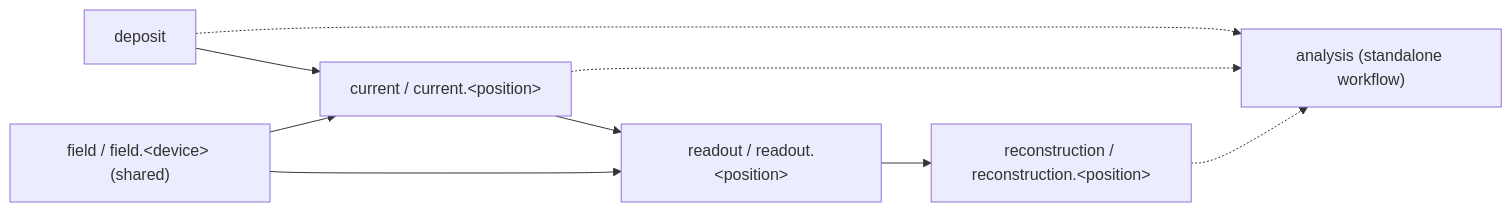
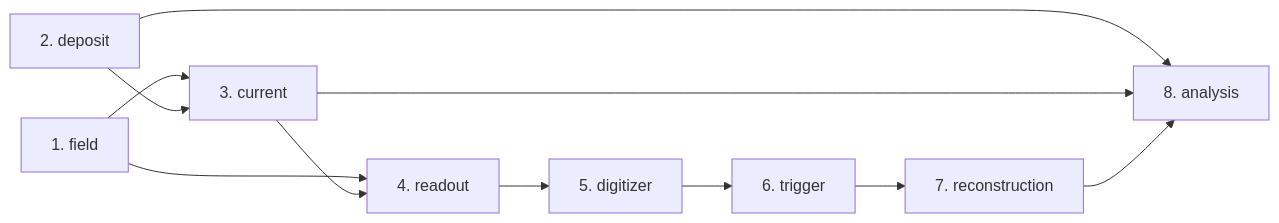
One commit to raser-team/raser changed the diagram in docs/en/stages/README.md. Above: the diagram before and after it, drawn with Mermaid. The commit also changed other lines of this file and 44 other files, not shown here.

````diff
--- a/docs/en/stages/README.md
+++ b/docs/en/stages/README.md
@@ -9,11 +9,13 @@
 ```mermaid
 flowchart LR
-    DEP["deposit"] --> CUR["current / current.&lt;position&gt;"]
-    FLD["field / field.&lt;device&gt; (shared)"] --> CUR
-    CUR --> RDO["readout / readout.&lt;position&gt;"]
-    FLD --> RDO
-    RDO --> RECO["reconstruction / reconstruction.&lt;position&gt;"]
-    DEP -.-> ANA["analysis (standalone workflow)"]
-    CUR -.-> ANA
-    RECO -.-> ANA
+    FLD["1. field"] --> CUR["3. current"]
+    DEP["2. deposit"] --> CUR
+    FLD --> RDO["4. readout"]
+    CUR --> RDO
+    RDO --> DIG["5. digitizer"]
+    DIG --> TRG["6. trigger"]
+    TRG --> RECO["7. reconstruction"]
+    DEP --> ANA["8. analysis"]
+    CUR --> ANA
+    RECO --> ANA
 ```
````
